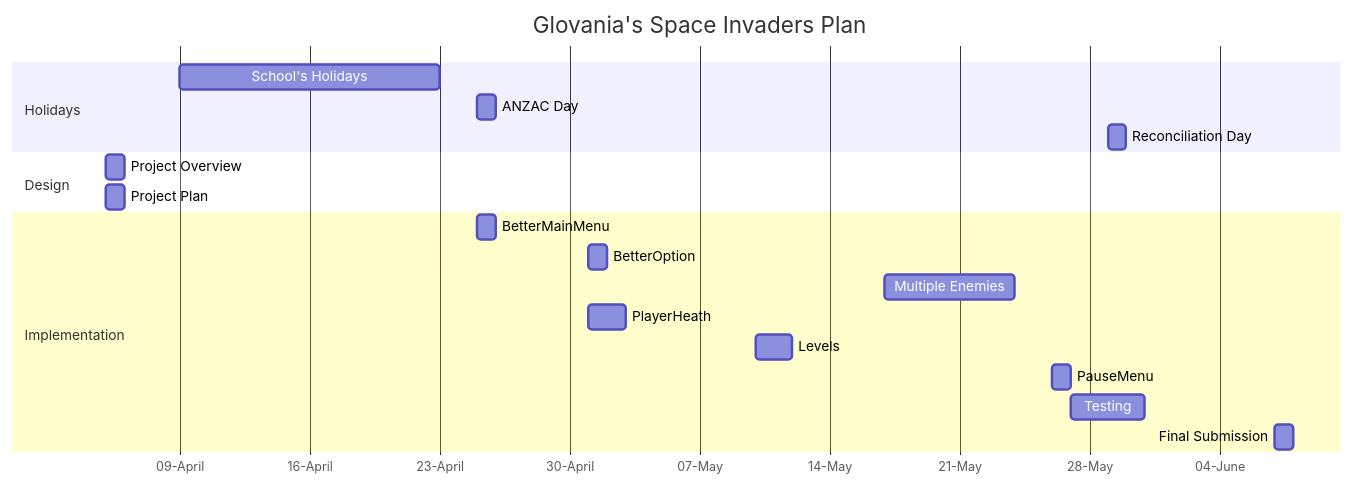
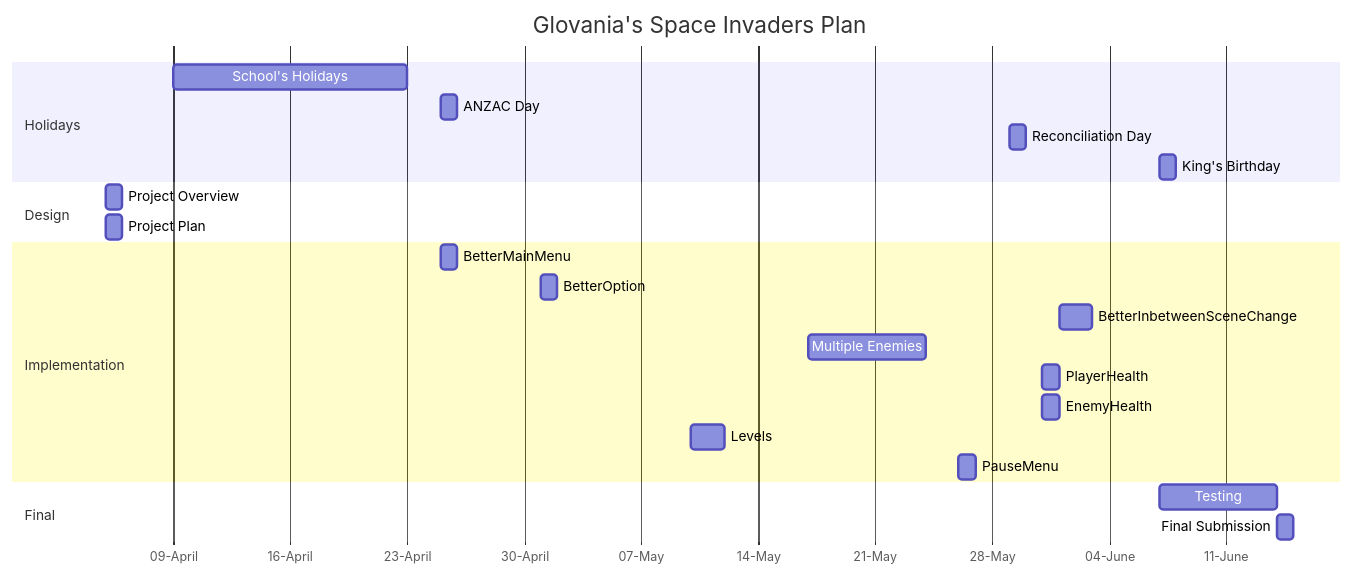
One commit to Glovania/Space-Invading changed the second of 2 diagrams in Design.md. Above: the diagram before and after it, drawn with Mermaid.

Commit message:
Improve "Design.md" file

````diff
--- a/Design.md
+++ b/Design.md
@@ -53,28 +53,31 @@
 ```mermaid
 gantt
     title Glovania's Space Invaders Plan
     dateFormat DD-MM-YYYY
     axisFormat %d-%B
     tickInterval 1week
 
     section Holidays
-    School's Holidays: 09-04-2023, 23-04-2023
+    School's Holidays: 09-04-2023, 14d
     ANZAC Day: 25-04-2023, 1d
     Reconciliation Day: 29-05-2023, 1d
+    King's Birthday: 07-06-2023, 1d
 
     section Design
     Project Overview: 05-04-2023, 1d
     Project Plan: 05-04-2023, 1d
 
     section Implementation
     BetterMainMenu: 25-04-2023, 1d
     BetterOption: 01-05-2023, 1d
-    Multiple Enemies: 17-05-2023, 24-05-2023
-    PlayerHeath: 01-05-2023, 03-05-2023
-    Levels: 10-05-2023, 12-05-2023
+    BetterInbetweenSceneChange: 01-06-2023, 2d
+    Multiple Enemies: 17-05-2023, 7d
+    PlayerHealth: 31-05-2023, 1d
+    EnemyHealth: 31-05-2023, 1d
+    Levels: 10-05-2023, 2d
     PauseMenu: 26-05-2023, 1d
 
-
-    Testing: 31-05-2023
-    Final Submission: 07-06-2023, 1d
+    section Final
+    Testing: 07-06-2023, 7d
+    Final Submission: 14-06-2023, 1d
 ```
````
